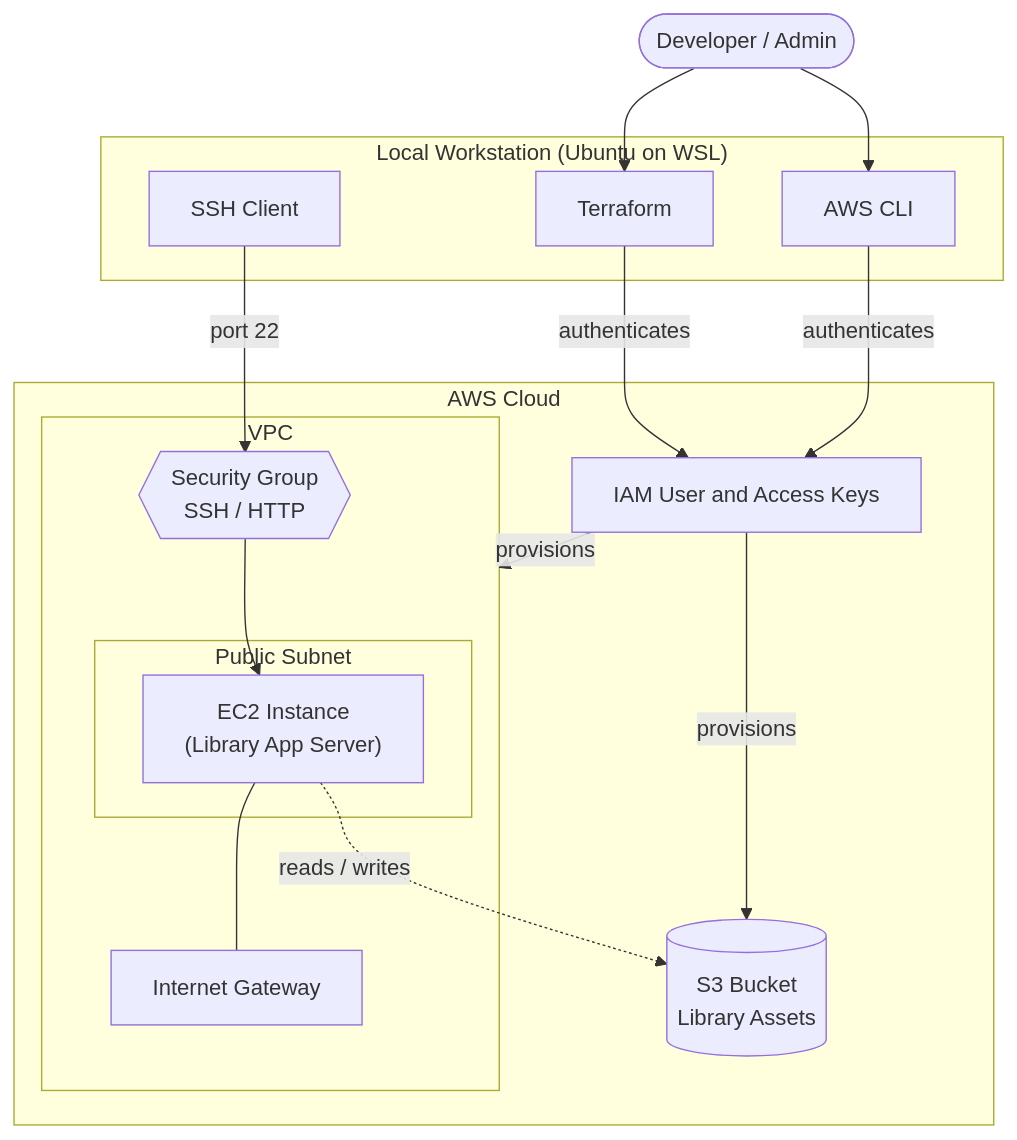
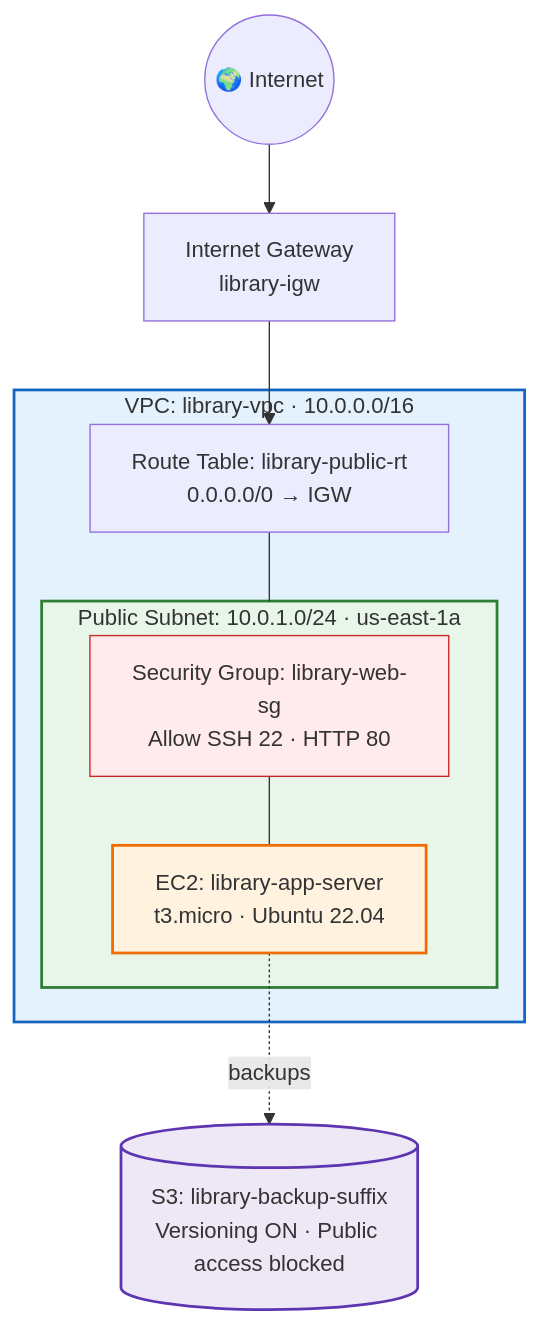
Diagram 18 of 19 in README.md (shubhamdeshmukh1027/DevOps-Mini-Projects), drawn with Mermaid before and after one commit. The commit also changed other lines of this file, not shown here.

````diff
--- a/README.md
+++ b/README.md
@@ -46,35 +728,24 @@
 ```mermaid
 flowchart TB
-    User([Developer / Admin])
+    NET(("🌍 Internet")) --> IGW["Internet Gateway<br/>library-igw"]
 
-    subgraph Local["Local Workstation (Ubuntu on WSL)"]
-        TF[Terraform]
-        CLI[AWS CLI]
-        SSH[SSH Client]
+    subgraph VPC["VPC: library-vpc · 10.0.0.0/16"]
+        RT["Route Table: library-public-rt<br/>0.0.0.0/0 → IGW"]
+        subgraph SUB["Public Subnet: 10.0.1.0/24 · us-east-1a"]
+            SG["Security Group: library-web-sg<br/>Allow SSH 22 · HTTP 80"]
+            EC2["EC2: library-app-server<br/>t3.micro · Ubuntu 22.04"]
+        end
+        RT --- SUB
+        SG --- EC2
     end
 
-    subgraph AWS["AWS Cloud"]
-        IAM[IAM User and Access Keys]
+    IGW --> RT
+    S3[("S3: library-backup-suffix<br/>Versioning ON · Public access blocked")]
+    EC2 -. "backups" .-> S3
 
-        subgraph VPC["VPC"]
-            IGW[Internet Gateway]
-            subgraph Subnet["Public Subnet"]
-                EC2["EC2 Instance<br/>(Library App Server)"]
-            end
-            SG{{"Security Group<br/>SSH / HTTP"}}
-        end
-
-        S3[("S3 Bucket<br/>Library Assets")]
-    end
-
-    User --> TF
-    User --> CLI
-    TF -->|authenticates| IAM
-    CLI -->|authenticates| IAM
-    IAM -->|provisions| VPC
-    IAM -->|provisions| S3
-    SSH -->|port 22| SG
-    SG --> EC2
-    EC2 --- IGW
-    EC2 -.->|reads / writes| S3
+    style VPC fill:#E3F2FD,stroke:#1565C0,stroke-width:2px
+    style SUB fill:#E8F5E9,stroke:#2E7D32,stroke-width:2px
+    style EC2 fill:#FFF3E0,stroke:#EF6C00,stroke-width:2px
+    style S3 fill:#EDE7F6,stroke:#5E35B1,stroke-width:2px
+    style SG fill:#FFEBEE,stroke:#C62828
 ```
````
